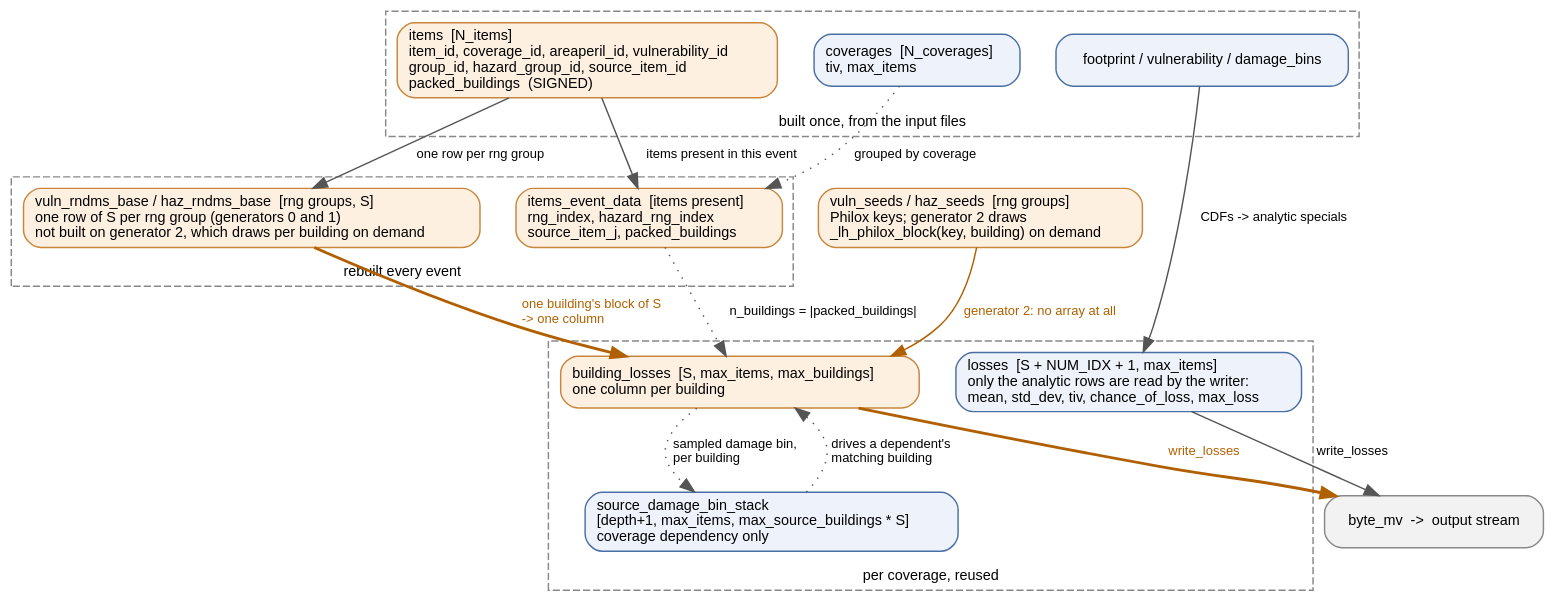
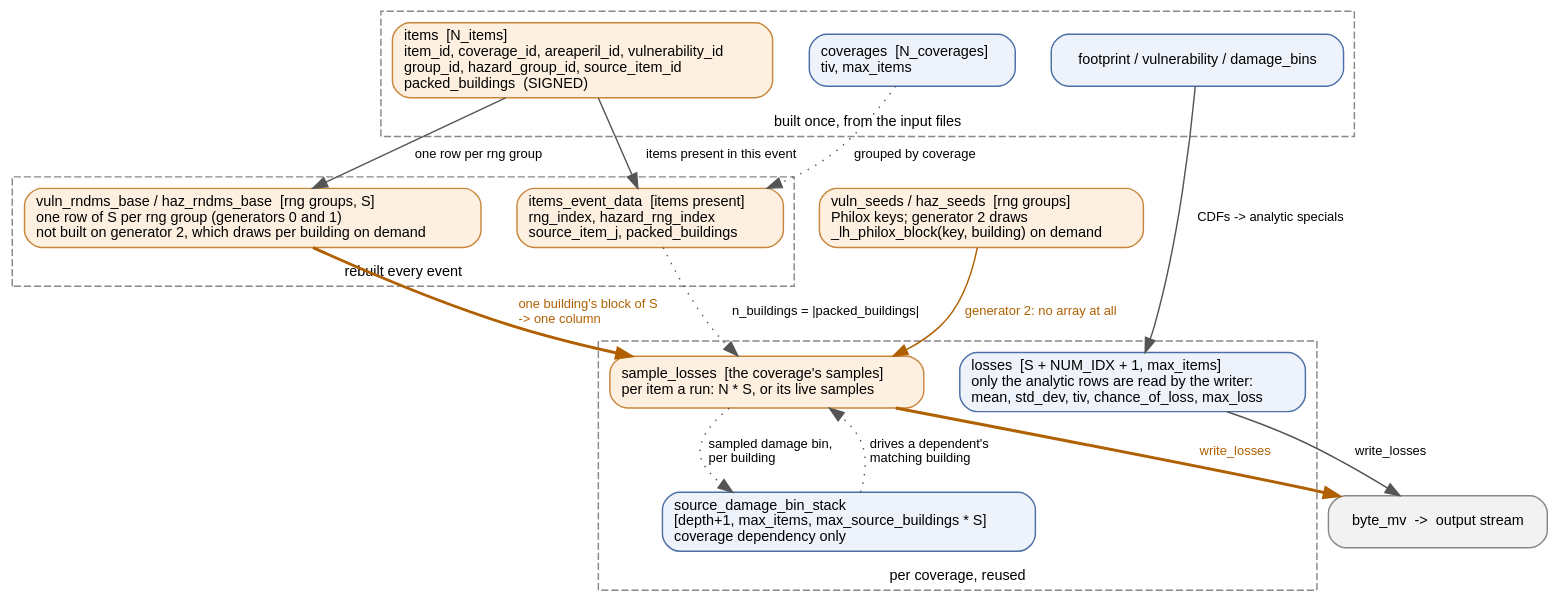
The diagram in oasislmf/pytools/gulmc/diagrams/gulmc_objects.dot (OasisLMF/OasisLMF), drawn with Graphviz before and after one commit. The commit also changed 7 other files, not shown here.

First line of the commit message:
gul/gulmc: hold a coverage's sample losses as one run per item

```diff
--- a/oasislmf/pytools/gulmc/diagrams/gulmc_objects.dot
+++ b/oasislmf/pytools/gulmc/diagrams/gulmc_objects.dot
@@ -1,53 +1,53 @@
 // The arrays gulmc computes over, and what flows between them.
 // Render: dot -Tsvg gulmc_objects.dot -o gulmc_objects.svg
 digraph gulmc_objects {
     rankdir=TB;
     bgcolor="transparent";
     nodesep=0.35; ranksep=0.5;
     node [shape=box, style="rounded,filled", fontname="Helvetica", fontsize=10,
           fillcolor="#eef3fb", color="#4a6fa5"];
     edge [fontname="Helvetica", fontsize=9, color="#555555"];
 
     subgraph cluster_static {
         label="built once, from the input files"; labelloc=b;
         fontname="Helvetica"; fontsize=10; color="#888888"; style=dashed;
         items [label="items  [N_items]\litem_id, coverage_id, areaperil_id, vulnerability_id\lgroup_id, hazard_group_id, source_item_id\lpacked_buildings  (SIGNED)\l",
                fillcolor="#fdf0e0", color="#c8863c"];
         coverages [label="coverages  [N_coverages]\ltiv, max_items\l"];
         model [label="footprint / vulnerability / damage_bins"];
     }
 
     subgraph cluster_event {
         label="rebuilt every event"; labelloc=b;
         fontname="Helvetica"; fontsize=10; color="#888888"; style=dashed;
         ied [label="items_event_data  [items present]\lrng_index, hazard_rng_index\lsource_item_j, packed_buildings\l",
              fillcolor="#fdf0e0", color="#c8863c"];
         rnd [label="vuln_rndms_base / haz_rndms_base  [rng groups, S]\lone row of S per rng group (generators 0 and 1)\lnot built on generator 2, which draws per building on demand\l",
              fillcolor="#fdf0e0", color="#c8863c"];
     }
 
     subgraph cluster_cov {
         label="per coverage, reused"; labelloc=b;
         fontname="Helvetica"; fontsize=10; color="#888888"; style=dashed;
         losses [label="losses  [S + NUM_IDX + 1, max_items]\lonly the analytic rows are read by the writer:\lmean, std_dev, tiv, chance_of_loss, max_loss\l"];
-        bl [label="building_losses  [S, max_items, max_buildings]\lone column per building\l",
+        bl [label="sample_losses  [the coverage's samples]\lper item a run: N * S, or its live samples\l",
             fillcolor="#fdf0e0", color="#c8863c"];
         stack [label="source_damage_bin_stack\l[depth+1, max_items, max_source_buildings * S]\lcoverage dependency only\l"];
     }
 
     out [label="byte_mv  ->  output stream", fillcolor="#f2f2f2", color="#888888"];
 
     items -> ied [label="  items present in this event"];
     coverages -> ied [style=dotted, label="  grouped by coverage"];
     items -> rnd [label="  one row per rng group"];
     model -> losses [label="  CDFs -> analytic specials"];
     rnd -> bl [label="  one building's block of S\l  -> one column\l", color="#b06000", fontcolor="#b06000", style=bold];
     seeds_lazy [label="vuln_seeds / haz_seeds  [rng groups]\lPhilox keys; generator 2 draws\l_lh_philox_block(key, building) on demand\l",
                 fillcolor="#fdf0e0", color="#c8863c"];
     seeds_lazy -> bl [label="  generator 2: no array at all\l", color="#b06000", fontcolor="#b06000"];
     ied -> bl [style=dotted, label="  n_buildings = |packed_buildings|"];
     bl -> stack [style=dotted, label="  sampled damage bin,\l  per building\l"];
     stack -> bl [style=dotted, label="  drives a dependent's\l  matching building\l"];
     losses -> out [label="  write_losses"];
     bl -> out [label="  write_losses", color="#b06000", fontcolor="#b06000", style=bold];
 }
```
